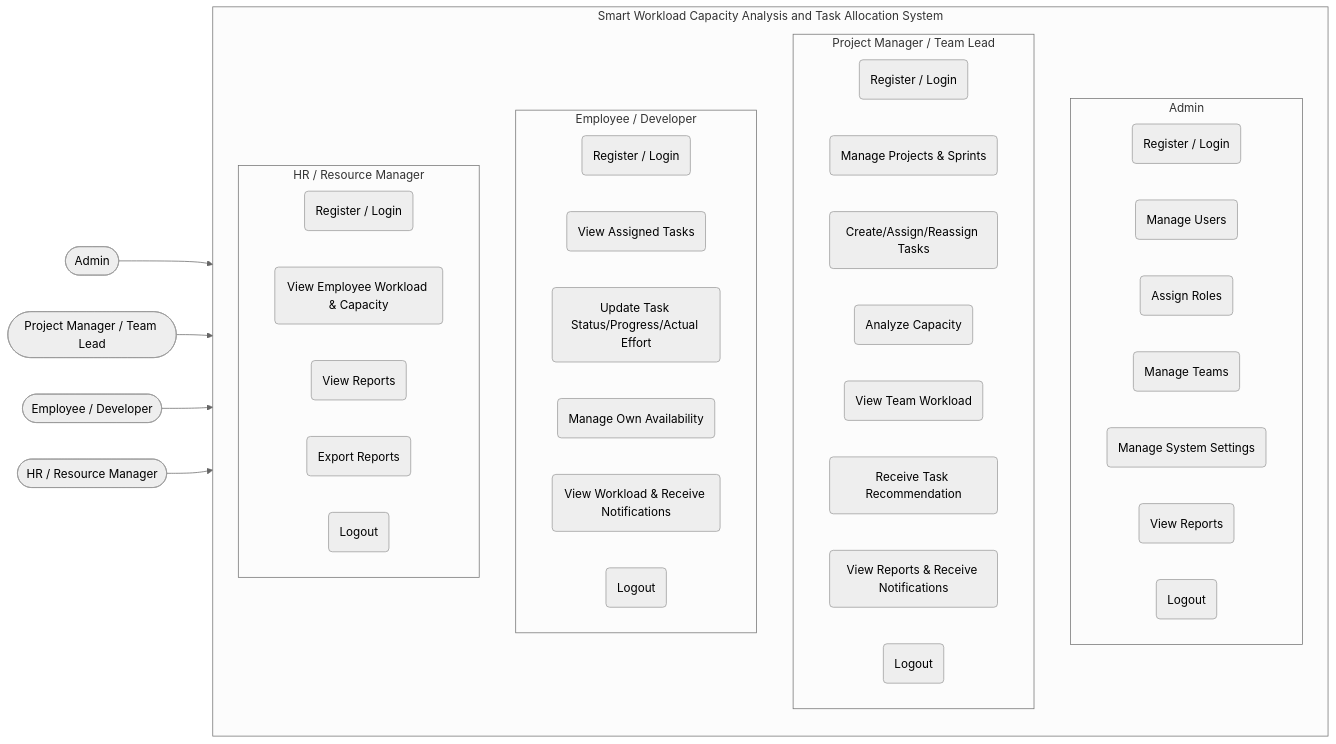
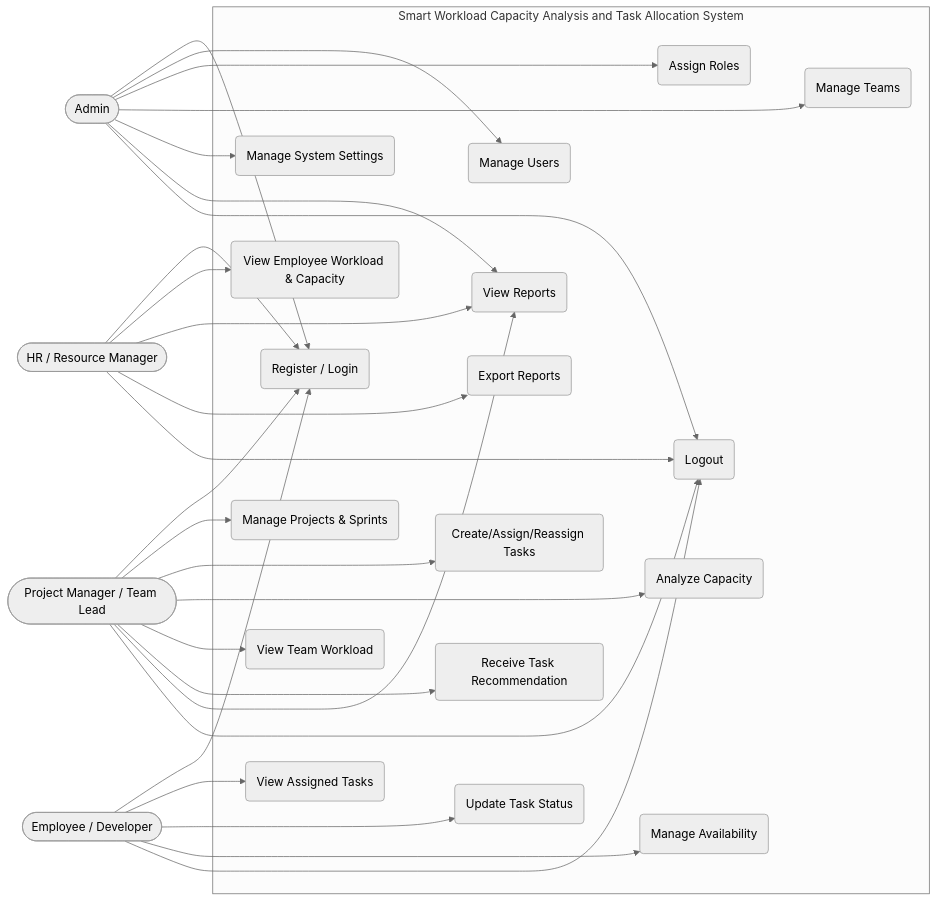
One commit to Harshidramprakash/smart-workload-capacity-system changed the diagram in docs/diagrams/01-use-case.mmd. Above: the diagram before and after it, drawn with Mermaid (neutral theme). The commit also changed 5 other files, not shown here.

Commit message:
Finalize SRS and UML diagrams

```diff
--- a/docs/diagrams/01-use-case.mmd
+++ b/docs/diagrams/01-use-case.mmd
@@ -1,48 +1,43 @@
 flowchart LR
     Admin([Admin])
     Manager([Project Manager / Team Lead])
     Employee([Employee / Developer])
     HR([HR / Resource Manager])
     
     subgraph System ["Smart Workload Capacity Analysis and Task Allocation System"]
-        direction TB
-        subgraph AdminUseCases ["Admin"]
-            A1(Register / Login)
-            A2(Manage Users)
-            A3(Assign Roles)
-            A4(Manage Teams)
-            A5(Manage System Settings)
-            A6(View Reports)
-            A7(Logout)
-        end
-        subgraph MgrUseCases ["Project Manager / Team Lead"]
-            M1(Register / Login)
-            M2(Manage Projects & Sprints)
-            M3(Create/Assign/Reassign Tasks)
-            M4(Analyze Capacity)
-            M5(View Team Workload)
-            M6(Receive Task Recommendation)
-            M7(View Reports & Receive Notifications)
-            M8(Logout)
-        end
-        subgraph EmpUseCases ["Employee / Developer"]
-            E1(Register / Login)
-            E2(View Assigned Tasks)
-            E3(Update Task Status/Progress/Actual Effort)
-            E4(Manage Own Availability)
-            E5(View Workload & Receive Notifications)
-            E6(Logout)
-        end
-        subgraph HRUseCases ["HR / Resource Manager"]
-            H1(Register / Login)
-            H2(View Employee Workload & Capacity)
-            H3(View Reports)
-            H4(Export Reports)
-            H5(Logout)
-        end
+        A1(Register / Login) ~~~ A2(Manage Users) ~~~ A3(Assign Roles) ~~~ A4(Manage Teams)
+        A5(Manage System Settings) ~~~ A6(View Reports) ~~~ A7(Logout)
+        M1(Manage Projects & Sprints) ~~~ M2(Create/Assign/Reassign Tasks) ~~~ M3(Analyze Capacity)
+        M4(View Team Workload) ~~~ M5(Receive Task Recommendation)
+        E1(View Assigned Tasks) ~~~ E2(Update Task Status) ~~~ E3(Manage Availability)
+        H1(View Employee Workload & Capacity) ~~~ H2(Export Reports)
     end
     
-    Admin --> AdminUseCases
-    Manager --> MgrUseCases
-    Employee --> EmpUseCases
-    HR --> HRUseCases
+    Admin --> A1
+    Admin --> A2
+    Admin --> A3
+    Admin --> A4
+    Admin --> A5
+    Admin --> A6
+    Admin --> A7
+    
+    Manager --> A1
+    Manager --> M1
+    Manager --> M2
+    Manager --> M3
+    Manager --> M4
+    Manager --> M5
+    Manager --> A6
+    Manager --> A7
+    
+    Employee --> A1
+    Employee --> E1
+    Employee --> E2
+    Employee --> E3
+    Employee --> A7
+    
+    HR --> A1
+    HR --> H1
+    HR --> A6
+    HR --> H2
+    HR --> A7
```
